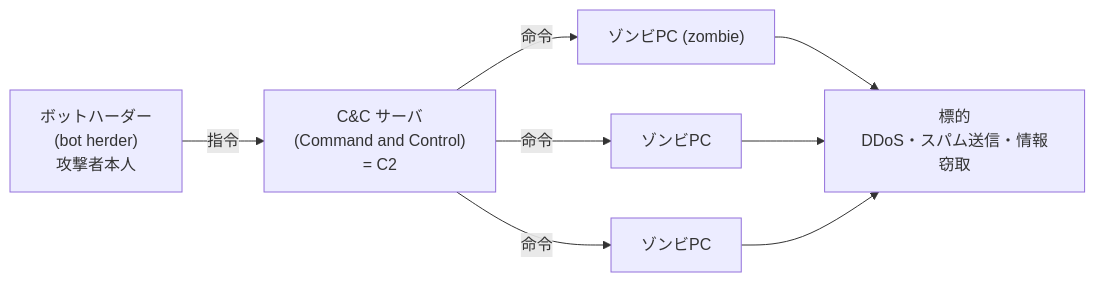
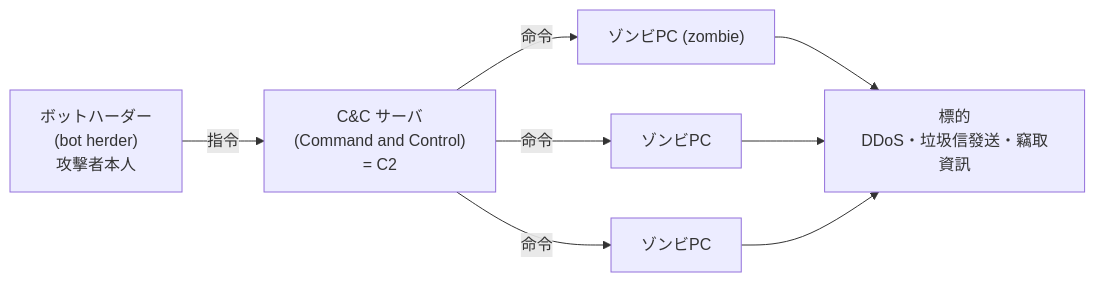
Before and after one commit to hakudevtw/cert_jp_sg: the diagram in sg-vocab/ch1-サイバー攻撃手法/1-2-マルウェア.md, drawn with Mermaid. The commit also changed other lines of this file and 29 other files, not shown here.

````diff
--- a/sg-vocab/ch1-サイバー攻撃手法/1-2-マルウェア.md
+++ b/sg-vocab/ch1-サイバー攻撃手法/1-2-マルウェア.md
@@ -121,10 +220,10 @@
 ```mermaid
 graph LR
-  BH["ボットハーダー<br/>(bot herder)<br/>攻撃者本人"] -->|"指令"| CC["C&C サーバ<br/>(Command and Control)<br/>= C2"]
+  BH["ボットハーダー<br/>(bot herder)<br/>攻擊者本人"] -->|"指令"| CC["C&C サーバ<br/>(Command and Control)<br/>= C2"]
   CC -->|"命令"| Z1["ゾンビPC (zombie)"]
   CC -->|"命令"| Z2["ゾンビPC"]
   CC -->|"命令"| Z3["ゾンビPC"]
-  Z1 --> T["標的<br/>DDoS・スパム送信・情報窃取"]
+  Z1 --> T["標的<br/>DDoS・垃圾信發送・竊取資訊"]
   Z2 --> T
   Z3 --> T
 ```
````
